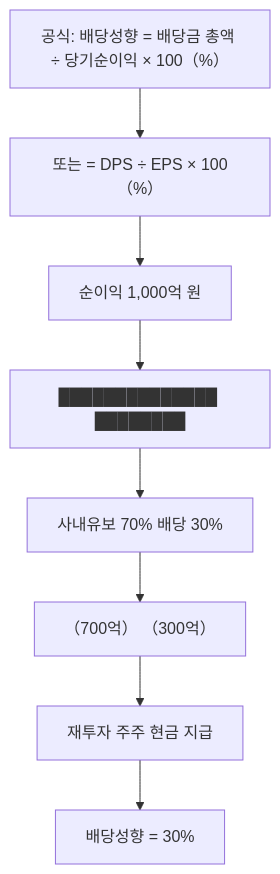
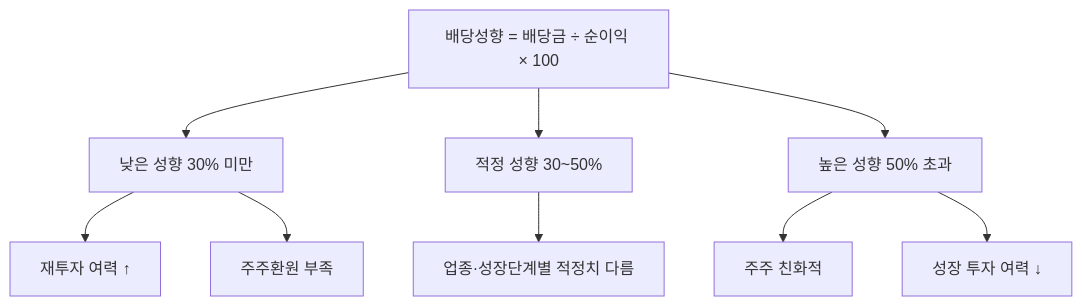
Before and after one commit to yeongseon/stock-visual-note: the diagram in content/stock-terms/ko/level-06-events/payout-ratio.md, drawn with Mermaid. The commit also changed other lines of this file and 96 other files, not shown here.

Commit message:
Rewrite all 98 remaining articles: branching Mermaid diagrams, natural search_intent, compelling seo_titles, clean descriptions

````diff
--- a/content/stock-terms/ko/level-06-events/payout-ratio.md
+++ b/content/stock-terms/ko/level-06-events/payout-ratio.md
@@ -39,18 +39,12 @@
 ```mermaid
 graph TD
-    N0["공식: 배당성향 = 배당금 총액 ÷ 당기순이익 × 100（%）"]
-    N1["또는 = DPS ÷ EPS × 100（%）"]
-    N2["순이익 1,000억 원"]
-    N3["██████████████ ████████"]
-    N4["사내유보 70% 배당 30%"]
-    N5["（700억） （300억）"]
-    N6["재투자 주주 현금 지급"]
-    N7["배당성향 = 30%"]
-    N0 --> N1
-    N1 --> N2
-    N2 --> N3
-    N3 --> N4
-    N4 --> N5
-    N5 --> N6
-    N6 --> N7
+    A["배당성향 = 배당금 ÷ 순이익 × 100"]
+    A --> B["낮은 성향 30% 미만"]
+    A --> C["적정 성향 30~50%"]
+    A --> D["높은 성향 50% 초과"]
+    B --> B1["재투자 여력 ↑"]
+    B --> B2["주주환원 부족"]
+    D --> D1["주주 친화적"]
+    D --> D2["성장 투자 여력 ↓"]
+    C --> E["업종·성장단계별 적정치 다름"]
 ```
````
